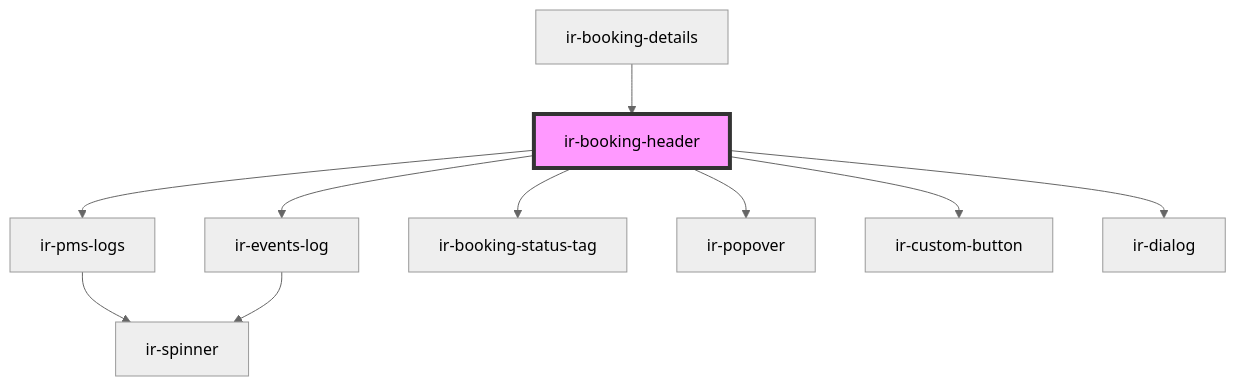
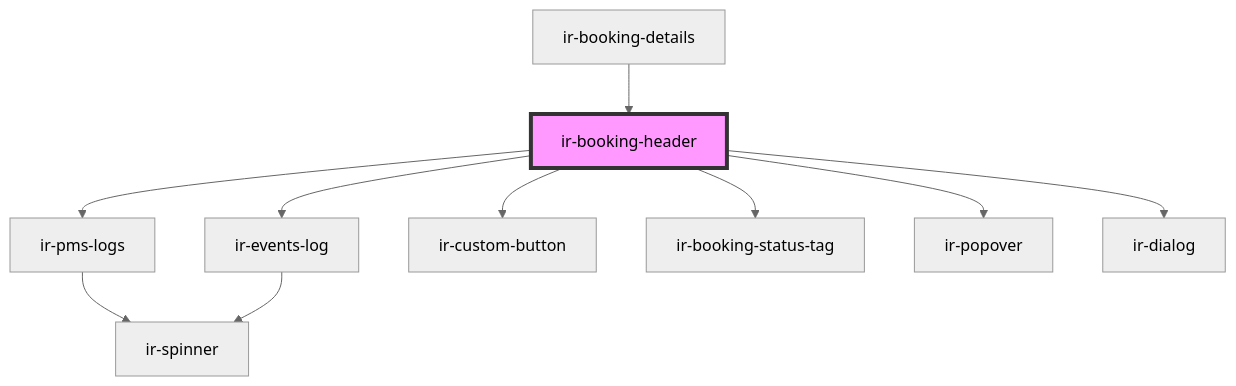
Before and after one commit to David1Chowaifaty/modified-ir-webcmp: the diagram in src/components/ir-booking-details/ir-booking-header/readme.md, drawn with Mermaid (neutral theme). The commit also changed other lines of this file and 20 other files, not shown here.

````diff
--- a/src/components/ir-booking-details/ir-booking-header/readme.md
+++ b/src/components/ir-booking-details/ir-booking-header/readme.md
@@ -47,13 +47,13 @@
 ```mermaid
 graph TD;
   ir-booking-header --> ir-pms-logs
   ir-booking-header --> ir-events-log
+  ir-booking-header --> ir-custom-button
   ir-booking-header --> ir-booking-status-tag
   ir-booking-header --> ir-popover
-  ir-booking-header --> ir-custom-button
   ir-booking-header --> ir-dialog
   ir-pms-logs --> ir-spinner
   ir-events-log --> ir-spinner
   ir-booking-details --> ir-booking-header
   style ir-booking-header fill:#f9f,stroke:#333,stroke-width:4px
 ```
````
